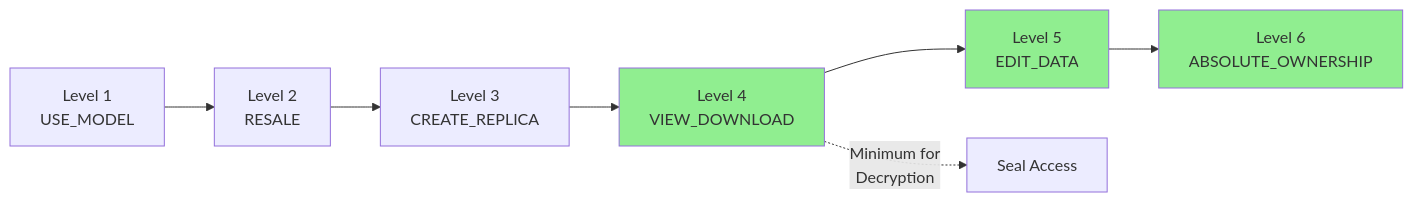
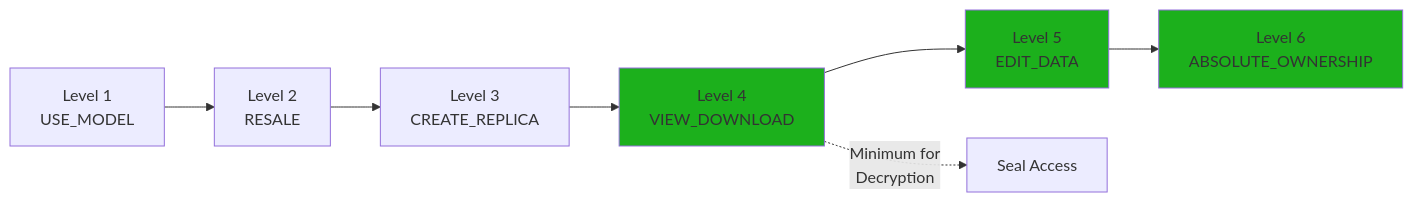
One commit to NeuraLabsHQ/neuralabs-coinbase changed the second of 9 diagrams in mov_contract/architecture-guide.md. Above: the diagram before and after it, drawn with Mermaid. The commit also changed 9 other files, not shown here.

````diff
--- a/mov_contract/architecture-guide.md
+++ b/mov_contract/architecture-guide.md
@@ -62,21 +62,21 @@
 ```mermaid
 graph LR
     L1[Level 1<br/>USE_MODEL]
     L2[Level 2<br/>RESALE]
     L3[Level 3<br/>CREATE_REPLICA]
     L4[Level 4<br/>VIEW_DOWNLOAD]
     L5[Level 5<br/>EDIT_DATA]
     L6[Level 6<br/>ABSOLUTE_OWNERSHIP]
     
     L1 --> L2
     L2 --> L3
     L3 --> L4
     L4 --> L5
     L5 --> L6
     
-    style L4 fill:#90EE90
-    style L5 fill:#90EE90
-    style L6 fill:#90EE90
+    style L4 fill:#1cb01c
+    style L5 fill:#1cb01c
+    style L6 fill:#1cb01c
     
     L4 -.->|Minimum for<br/>Decryption| SEAL[Seal Access]
 ```
````
